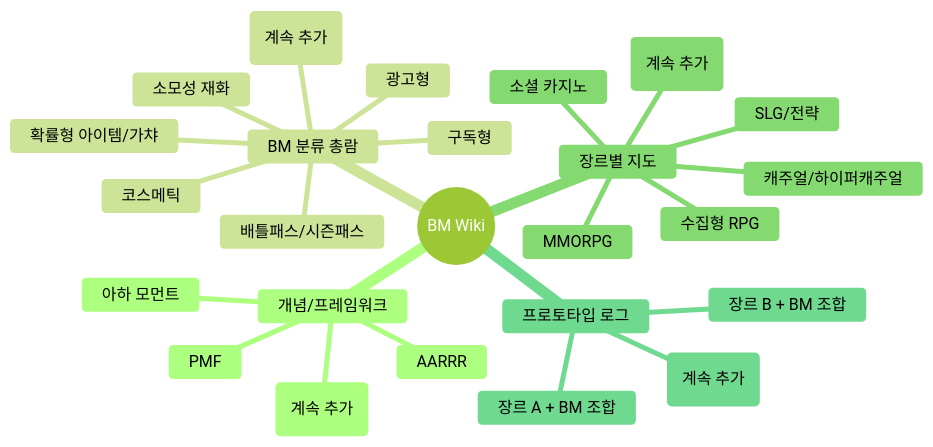
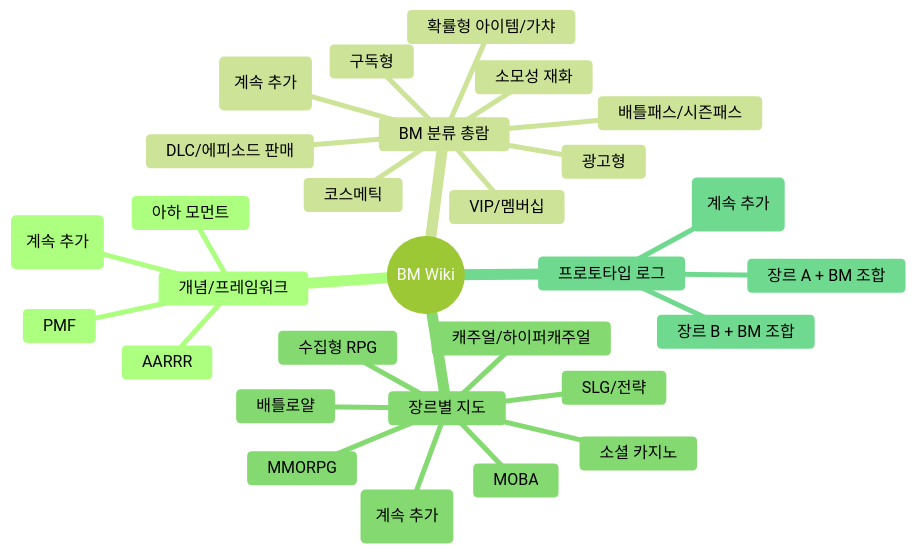
Before and after one commit to skengur95/BM_Wiki: the diagram in docs/index.md, drawn with Mermaid (forest theme). The commit also changed 14 other files, not shown here.

````diff
--- a/docs/index.md
+++ b/docs/index.md
@@ -15,28 +15,32 @@
 ```mermaid
 mindmap
   root((BM Wiki))
     개념/프레임워크
       아하 모먼트
       AARRR
       PMF
       (계속 추가)
     BM 분류 총람
       확률형 아이템/가챠
       배틀패스/시즌패스
       구독형
       광고형
       코스메틱
+      VIP/멤버십
+      DLC/에피소드 판매
       소모성 재화
       (계속 추가)
     장르별 지도
       MMORPG
       수집형 RPG
       캐주얼/하이퍼캐주얼
       SLG/전략
       소셜 카지노
+      배틀로얄
+      MOBA
       (계속 추가)
     프로토타입 로그
       장르 A + BM 조합
       장르 B + BM 조합
       (계속 추가)
 ```
````
